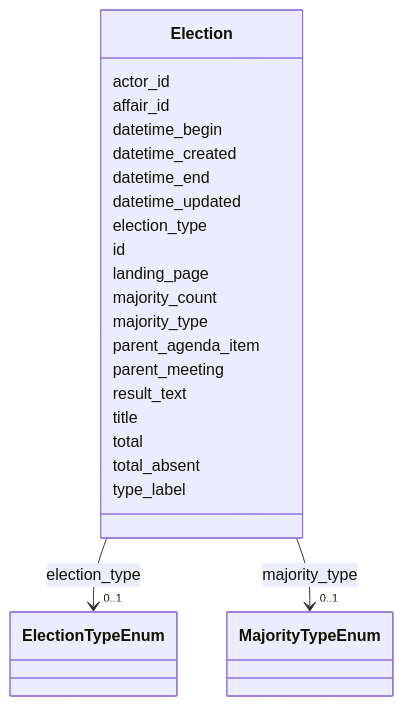
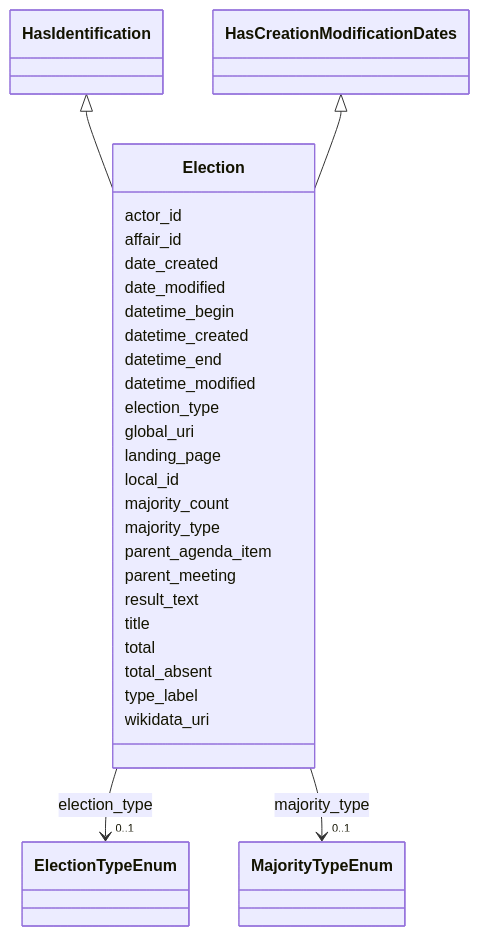
The diagram in ech-0293_operations/output/docs/Election.md (swiss/political-affairs-ech-group), drawn with Mermaid before and after one commit. The commit also changed other lines of this file and 79 other files, not shown here.

````diff
--- a/ech-0293_operations/output/docs/Election.md
+++ b/ech-0293_operations/output/docs/Election.md
@@ -22,60 +22,73 @@
 ```mermaid
  classDiagram
     class Election
     click Election href "../Election/"
+      HasIdentification <|-- Election
+        click HasIdentification href "../HasIdentification/"
+      HasCreationModificationDates <|-- Election
+        click HasCreationModificationDates href "../HasCreationModificationDates/"
+      
       Election : actor_id
         
       Election : affair_id
+        
+      Election : date_created
+        
+      Election : date_modified
         
       Election : datetime_begin
         
       Election : datetime_created
         
       Election : datetime_end
         
-      Election : datetime_updated
+      Election : datetime_modified
         
       Election : election_type
         
           
     
         
         
         Election --> "0..1" ElectionTypeEnum : election_type
         click ElectionTypeEnum href "../ElectionTypeEnum/"
     
 
         
-      Election : id
+      Election : global_uri
         
       Election : landing_page
+        
+      Election : local_id
         
       Election : majority_count
         
       Election : majority_type
         
           
     
         
         
         Election --> "0..1" MajorityTypeEnum : majority_type
         click MajorityTypeEnum href "../MajorityTypeEnum/"
     
 
         
       Election : parent_agenda_item
         
       Election : parent_meeting
         
       Election : result_text
         
       Election : title
         
       Election : total
         
       Election : total_absent
         
       Election : type_label
         
+      Election : wikidata_uri
+        
       
 ```
````
